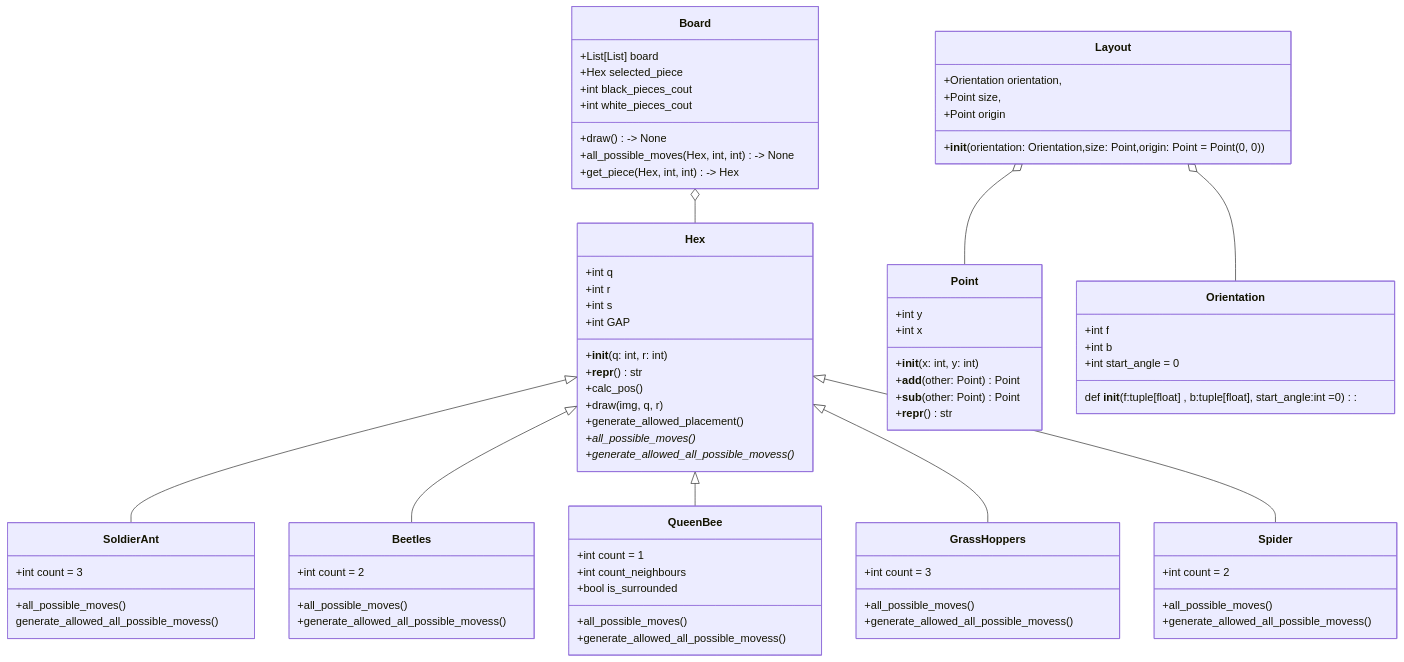
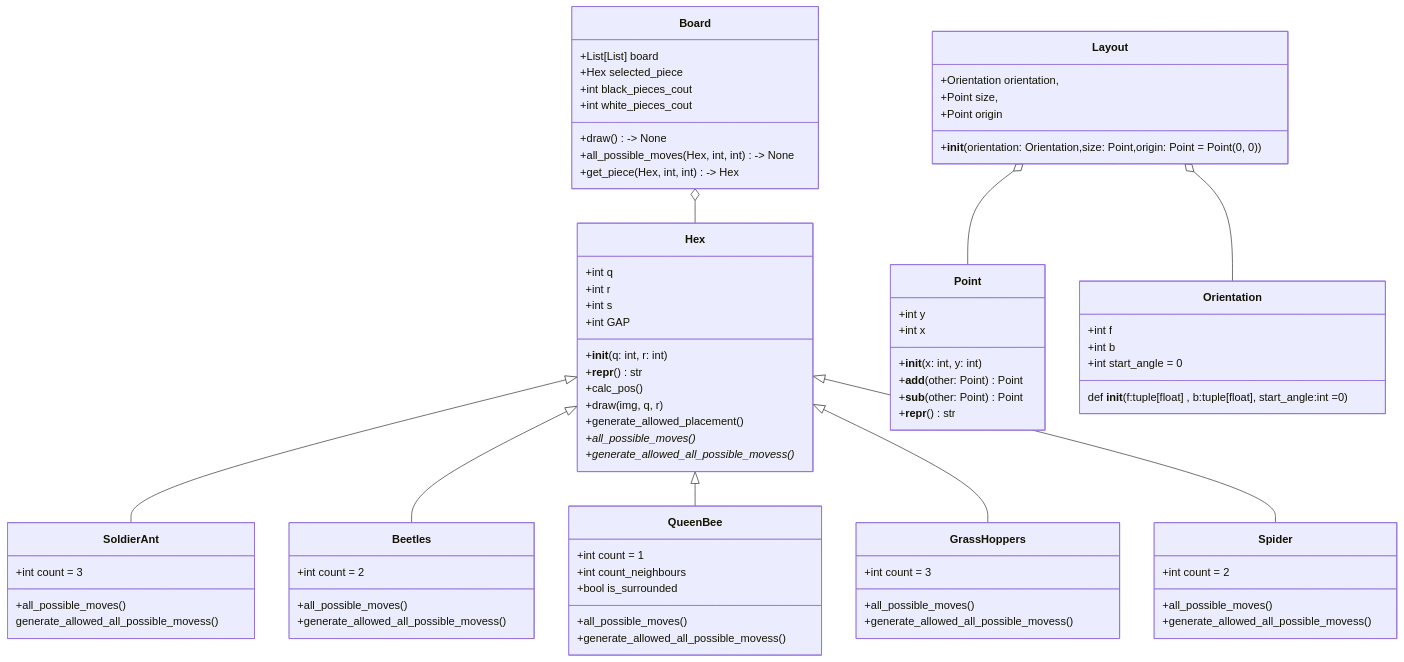
The diagram in Classes.md (omaremadd/Hive-Game), drawn with Mermaid before and after one commit. The commit also changed 5 other files, not shown here.

```diff
--- a/Classes.md
+++ b/Classes.md
@@ -15,7 +15,7 @@
     +int f
     +int b
     +int start_angle = 0
-    def __init__(f:tuple[float] , b:tuple[float], start_angle:int =0):
+    def __init__(f:tuple[float] , b:tuple[float], start_angle:int =0) 
     }
     
 
```
